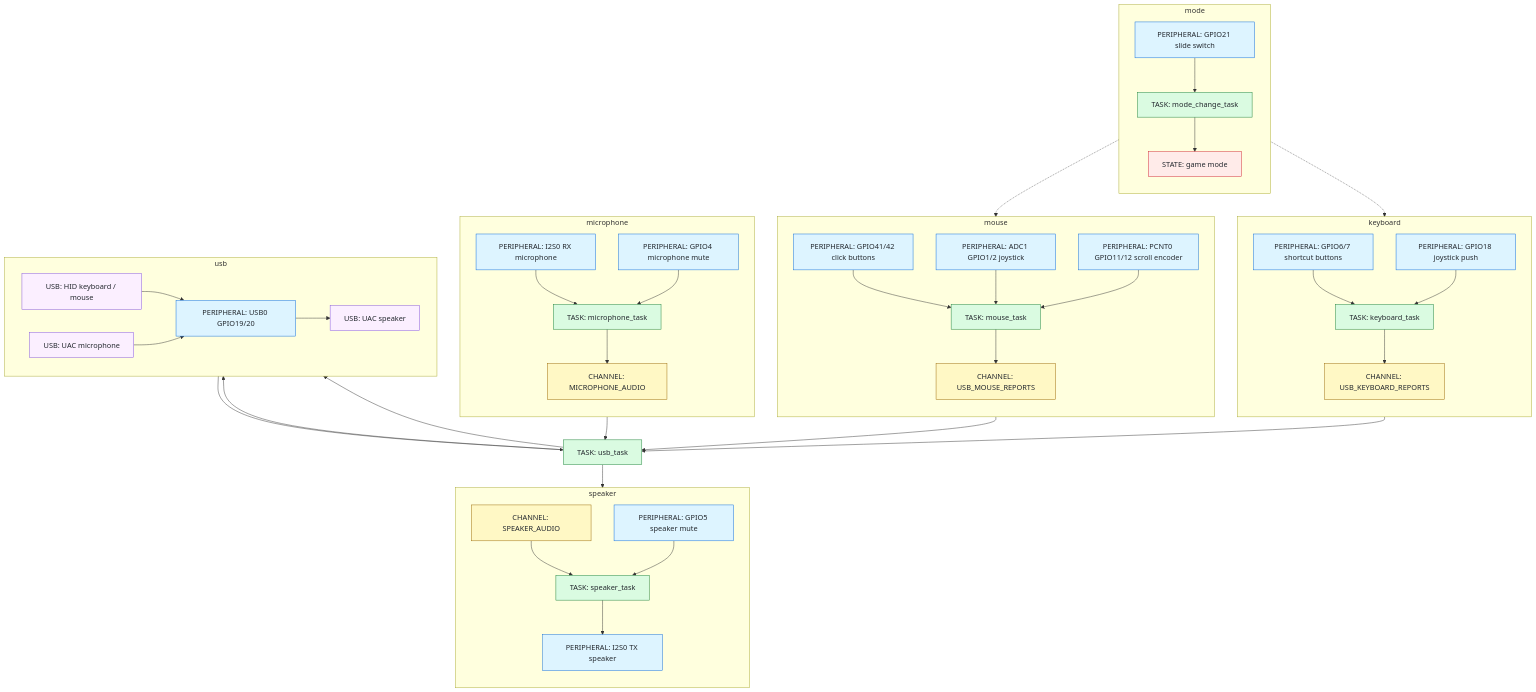
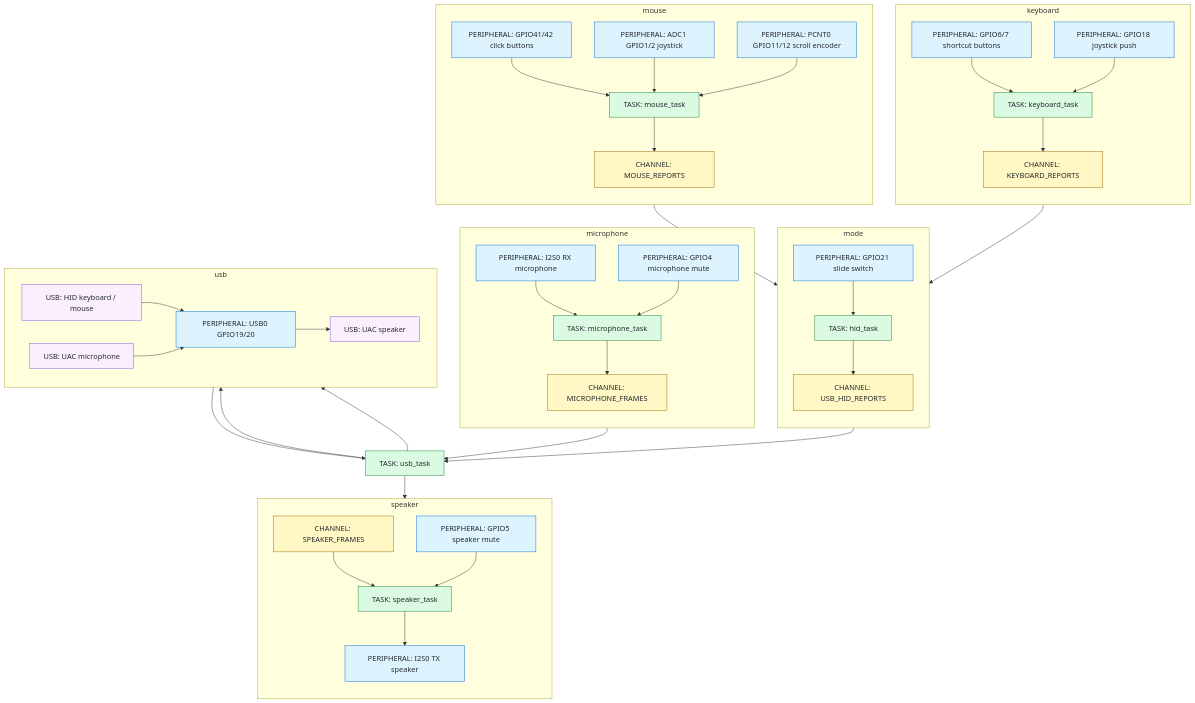
The diagram in README.md (segfau-yama/dxxk_mouse), drawn with Mermaid before and after one commit. The commit also changed other lines of this file and 10 other files, not shown here.

````diff
--- a/README.md
+++ b/README.md
@@ -54,8 +53,8 @@
 flowchart TD
   subgraph Mode["mode"]
     direction TB
-    ModeGpio["PERIPHERAL: GPIO21 slide switch"] --> ModeTask["TASK: mode_change_task"]
-    ModeTask --> GameMode["STATE: game mode"]
+    UsbHidReports["CHANNEL: USB_HID_REPORTS"]
+    ModeGpio["PERIPHERAL: GPIO21 slide switch"] --> HidTask["TASK: hid_task"]
   end
 
   subgraph Keyboard["keyboard"]
@@ -63,10 +62,10 @@
     ShortcutGpio["PERIPHERAL: GPIO6/7 shortcut buttons"]
     PushGpio["PERIPHERAL: GPIO18 joystick push"]
     KeyboardTask["TASK: keyboard_task"]
-    KeyboardReports["CHANNEL: USB_KEYBOARD_REPORTS"]
+    KeyboardReports["CHANNEL: KEYBOARD_REPORTS"]
     ShortcutGpio --> KeyboardTask
     PushGpio --> KeyboardTask
-    KeyboardTask --> KeyboardReports
+    
   end
 
   subgraph Mouse["mouse"]
@@ -75,11 +74,11 @@
     JoystickAdc["PERIPHERAL: ADC1 GPIO1/2 joystick"]
     ScrollPcnt["PERIPHERAL: PCNT0 GPIO11/12 scroll encoder"]
     MouseTask["TASK: mouse_task"]
-    MouseReports["CHANNEL: USB_MOUSE_REPORTS"]
+    MouseReports["CHANNEL: MOUSE_REPORTS"]
     ClickGpio --> MouseTask
     JoystickAdc --> MouseTask
     ScrollPcnt --> MouseTask
-    MouseTask --> MouseReports
+    
   end
 
   subgraph Microphone["microphone"]
@@ -87,19 +86,19 @@
     I2sMic["PERIPHERAL: I2S0 RX microphone"]
     MicMuteGpio["PERIPHERAL: GPIO4 microphone mute"]
     MicrophoneTask["TASK: microphone_task"]
-    MicrophoneAudio["CHANNEL: MICROPHONE_AUDIO"]
+    MicrophoneFrames["CHANNEL: MICROPHONE_FRAMES"]
     I2sMic --> MicrophoneTask
     MicMuteGpio --> MicrophoneTask
-    MicrophoneTask --> MicrophoneAudio
+    MicrophoneTask --> MicrophoneFrames
   end
 
   subgraph Speaker["speaker"]
     direction TB
-    SpeakerAudio["CHANNEL: SPEAKER_AUDIO"]
+    SpeakerFrames["CHANNEL: SPEAKER_FRAMES"]
     SpeakerMuteGpio["PERIPHERAL: GPIO5 speaker mute"]
     SpeakerTask["TASK: speaker_task"]
     I2sSpeaker["PERIPHERAL: I2S0 TX speaker"]
-    SpeakerAudio --> SpeakerTask
+    SpeakerFrames --> SpeakerTask
     SpeakerMuteGpio --> SpeakerTask
     SpeakerTask --> I2sSpeaker
   end
@@ -121,22 +120,22 @@
   UsbTask --> UsbMic
   UsbSpeaker --> UsbTask
 
-  GameMode -.-> KeyboardTask
-  GameMode -.-> MouseTask
-  KeyboardReports --> UsbTask
-  MouseReports --> UsbTask
-  MicrophoneAudio --> UsbTask
-  UsbTask --> SpeakerAudio
+  KeyboardTask --> KeyboardReports
+  MouseTask --> MouseReports
+  KeyboardReports --> HidTask
+  MouseReports --> HidTask
+  HidTask --> UsbHidReports
+  UsbHidReports --> UsbTask
+  MicrophoneFrames --> UsbTask
+  UsbTask --> SpeakerFrames
 
   class ShortcutGpio,PushGpio,ModeGpio,ClickGpio,JoystickAdc,ScrollPcnt,MicMuteGpio,I2sMic,SpeakerMuteGpio,I2sSpeaker,UsbPeripheral peripheral
-  class KeyboardTask,ModeTask,MouseTask,MicrophoneTask,SpeakerTask,UsbTask task
-  class KeyboardReports,MouseReports,MicrophoneAudio,SpeakerAudio channel
-  class GameMode state
+  class KeyboardTask,HidTask,MouseTask,MicrophoneTask,SpeakerTask,UsbTask task
+  class KeyboardReports,MouseReports,UsbHidReports,MicrophoneFrames,SpeakerFrames channel
   class UsbHid,UsbMic,UsbSpeaker usb
 
   classDef peripheral fill:#ddf4ff,stroke:#0969da,color:#24292f
   classDef task fill:#dafbe1,stroke:#1a7f37,color:#24292f
   classDef channel fill:#fff8c5,stroke:#9a6700,color:#24292f
-  classDef state fill:#ffebe9,stroke:#cf222e,color:#24292f
   classDef usb fill:#fbefff,stroke:#8250df,color:#24292f
 ```
````
